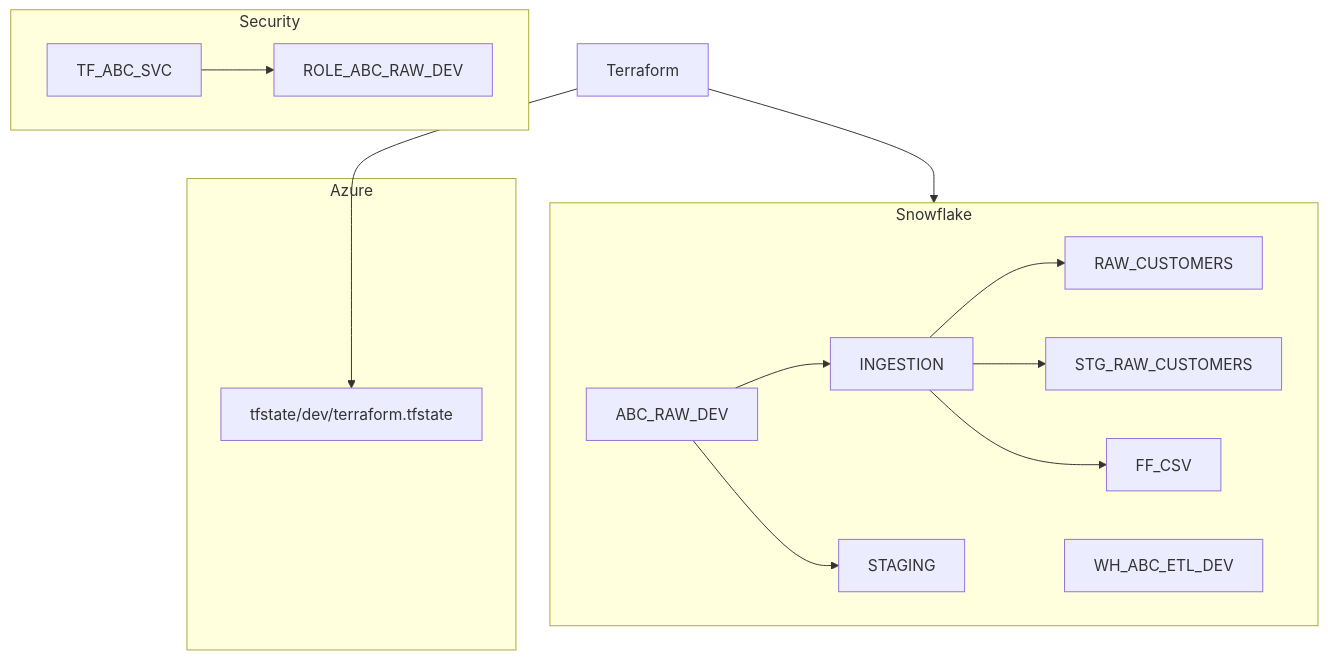
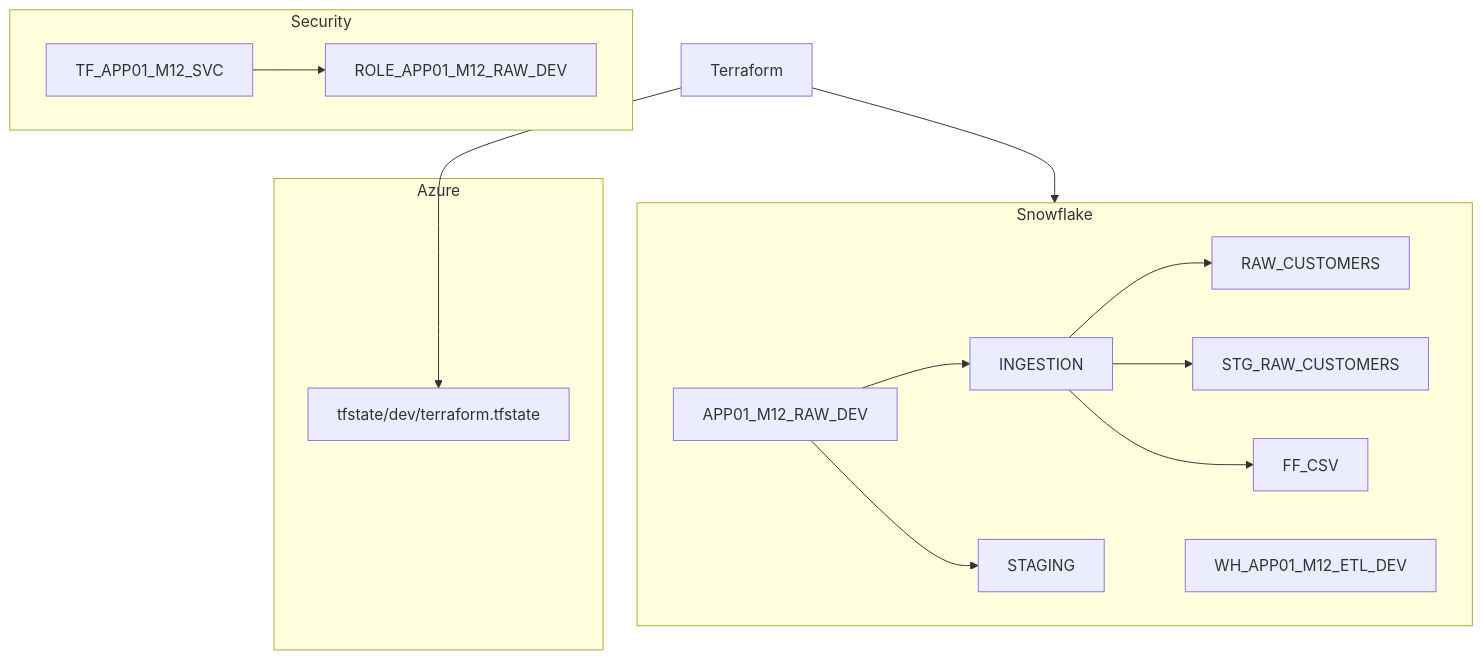
Before and after one commit to msellamiTN/Snowflake-terraform: the second of 2 diagrams in courses/day-04/module-12-capstone/lab.md, drawn with Mermaid. The commit also changed other lines of this file and 169 other files, not shown here.

````diff
--- a/courses/day-04/module-12-capstone/lab.md
+++ b/courses/day-04/module-12-capstone/lab.md
@@ -265,24 +633,24 @@
 ```mermaid
 flowchart TD
     subgraph Snowflake
-        DB[ABC_RAW_DEV]
+        DB[APP01_M12_RAW_DEV]
         DB --> SC1[INGESTION]
         DB --> SC2[STAGING]
         SC1 --> TBL[RAW_CUSTOMERS]
         SC1 --> STG[STG_RAW_CUSTOMERS]
         SC1 --> FF[FF_CSV]
-        WH[WH_ABC_ETL_DEV]
+        WH[WH_APP01_M12_ETL_DEV]
     end
 
     subgraph Security
-        USER[TF_ABC_SVC]
-        USER --> ROLE[ROLE_ABC_RAW_DEV]
+        USER[TF_APP01_M12_SVC]
+        USER --> ROLE[ROLE_APP01_M12_RAW_DEV]
     end
 
     subgraph Azure
         BLOB[tfstate/dev/terraform.tfstate]
     end
 
     TF[Terraform] --> BLOB
     TF --> Snowflake
 ```
````
